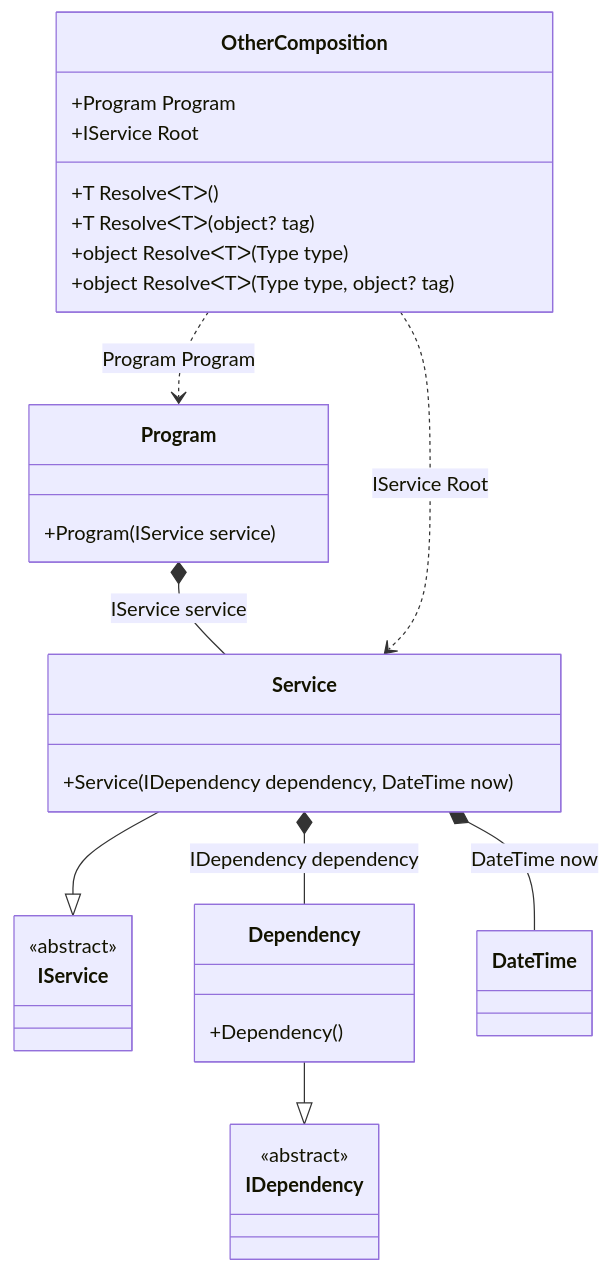
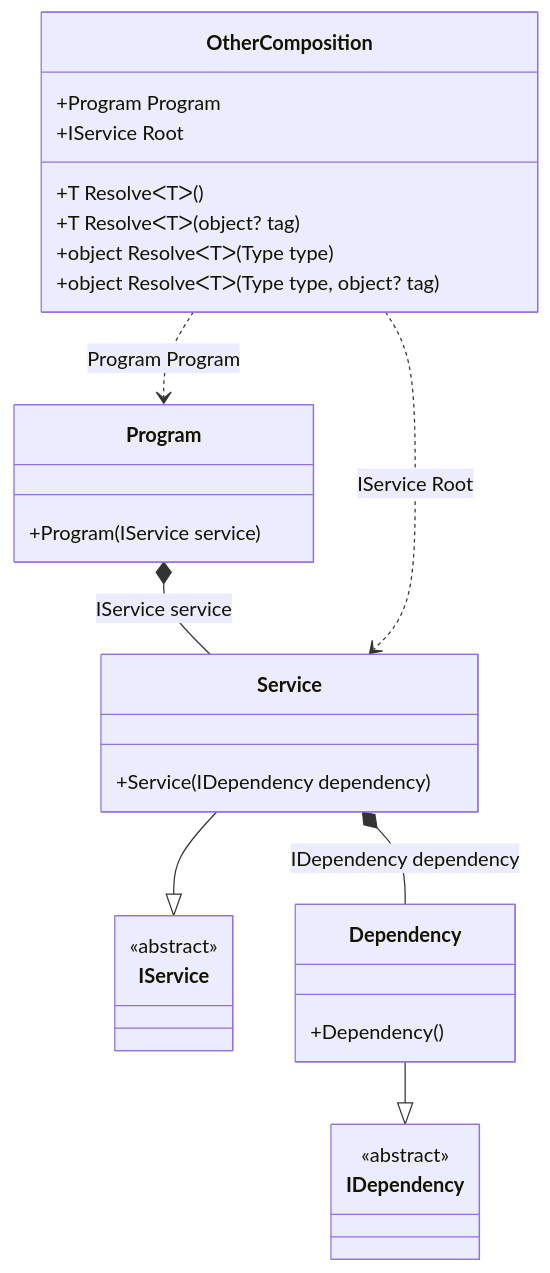
One commit to DevTeam/Pure.DI changed the diagram in readme/dependent-compositions.md. Above: the diagram before and after it, drawn with Mermaid. The commit also changed other lines of this file and 49 other files, not shown here.

````diff
--- a/readme/dependent-compositions.md
+++ b/readme/dependent-compositions.md
@@ -66,34 +61,32 @@
 ```mermaid
 classDiagram
   class OtherComposition {
     +Program Program
     +IService Root
     +T ResolveᐸTᐳ()
     +T ResolveᐸTᐳ(object? tag)
     +object ResolveᐸTᐳ(Type type)
     +object ResolveᐸTᐳ(Type type, object? tag)
   }
   class Program {
     +Program(IService service)
   }
   Service --|> IService : 
   class Service {
-    +Service(IDependency dependency, DateTime now)
+    +Service(IDependency dependency)
   }
   Dependency --|> IDependency : 
   class Dependency {
     +Dependency()
   }
-  class DateTime
   class IService {
     <<abstract>>
   }
   class IDependency {
     <<abstract>>
   }
   Program *--  Service : IService service
   Service *--  Dependency : IDependency dependency
-  Service *--  DateTime : DateTime now
   OtherComposition ..> Service : IService Root
   OtherComposition ..> Program : Program Program
 ```
````
